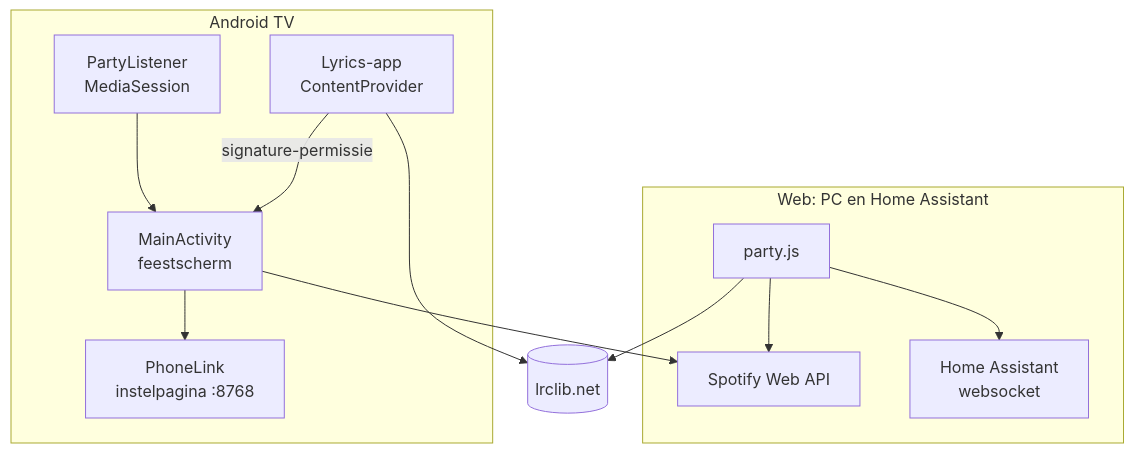
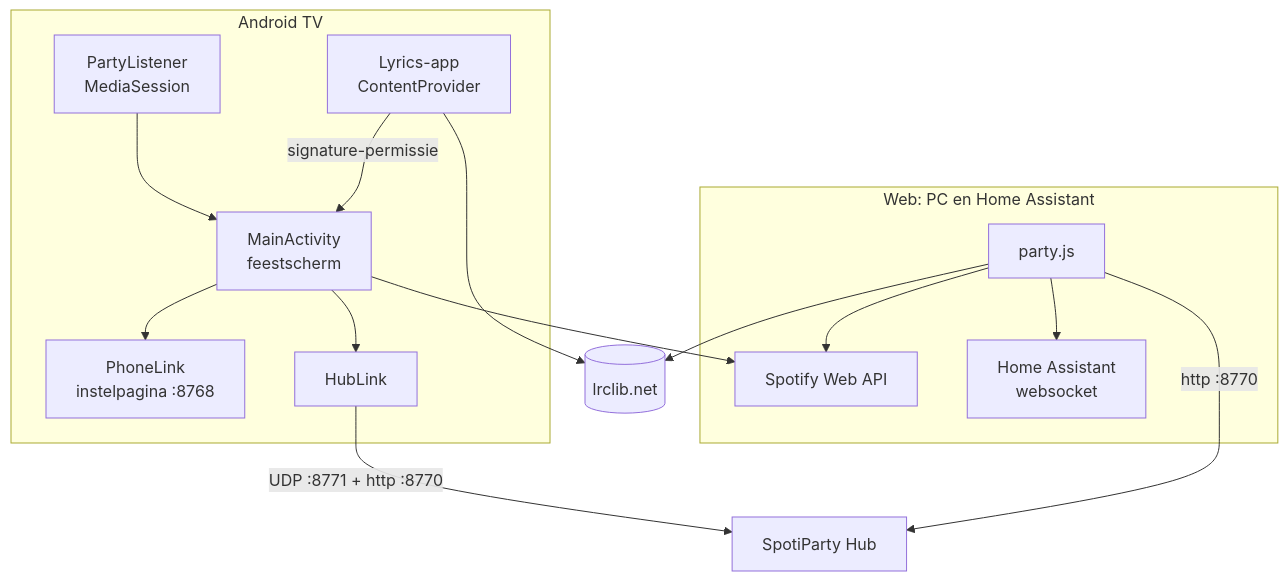
Before and after one commit to CodeAura/SpotiParty: the diagram in docs/ontwikkelaars/projectstructuur.md, drawn with Mermaid. The commit also changed other lines of this file and 28 other files, not shown here.

First line of the commit message:
Add SpotiParty Pro: Hub dashboard, licences, Shopify, Raspberry Pi, HA fullscreen card

````diff
--- a/docs/ontwikkelaars/projectstructuur.md
+++ b/docs/ontwikkelaars/projectstructuur.md
@@ -30,15 +39,18 @@
 ```mermaid
 flowchart TB
     subgraph TV[Android TV]
         PL[PartyListener<br/>MediaSession] --> MA[MainActivity<br/>feestscherm]
         LY[Lyrics-app<br/>ContentProvider] -->|signature-permissie| MA
         MA --> PH[PhoneLink<br/>instelpagina :8768]
+        MA --> HL[HubLink]
     end
+    HL -->|UDP :8771 + http :8770| HUB[SpotiParty Hub]
+    PJ -->|http :8770| HUB
     subgraph WEB[Web: PC en Home Assistant]
         PJ[party.js] --> SPAPI[Spotify Web API]
         PJ --> HAWS[Home Assistant<br/>websocket]
     end
     LY --> LR[(lrclib.net)]
     PJ --> LR
     MA --> SPAPI
 ```
````
